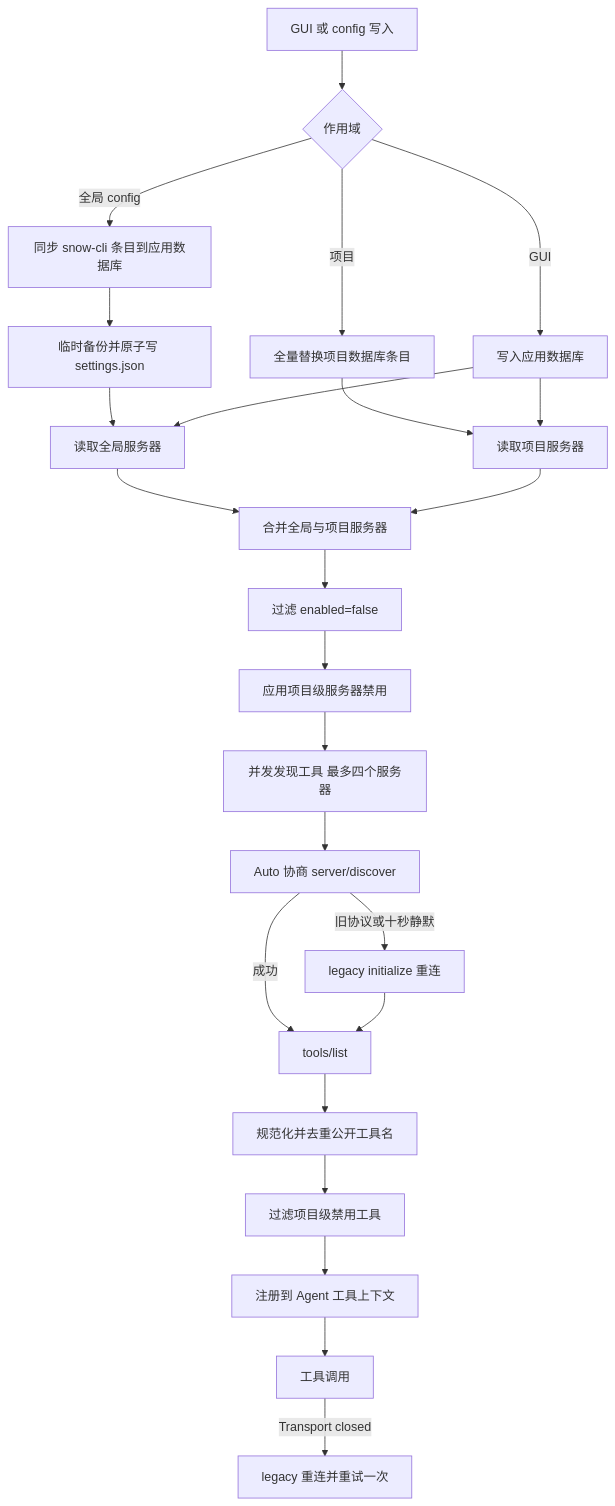
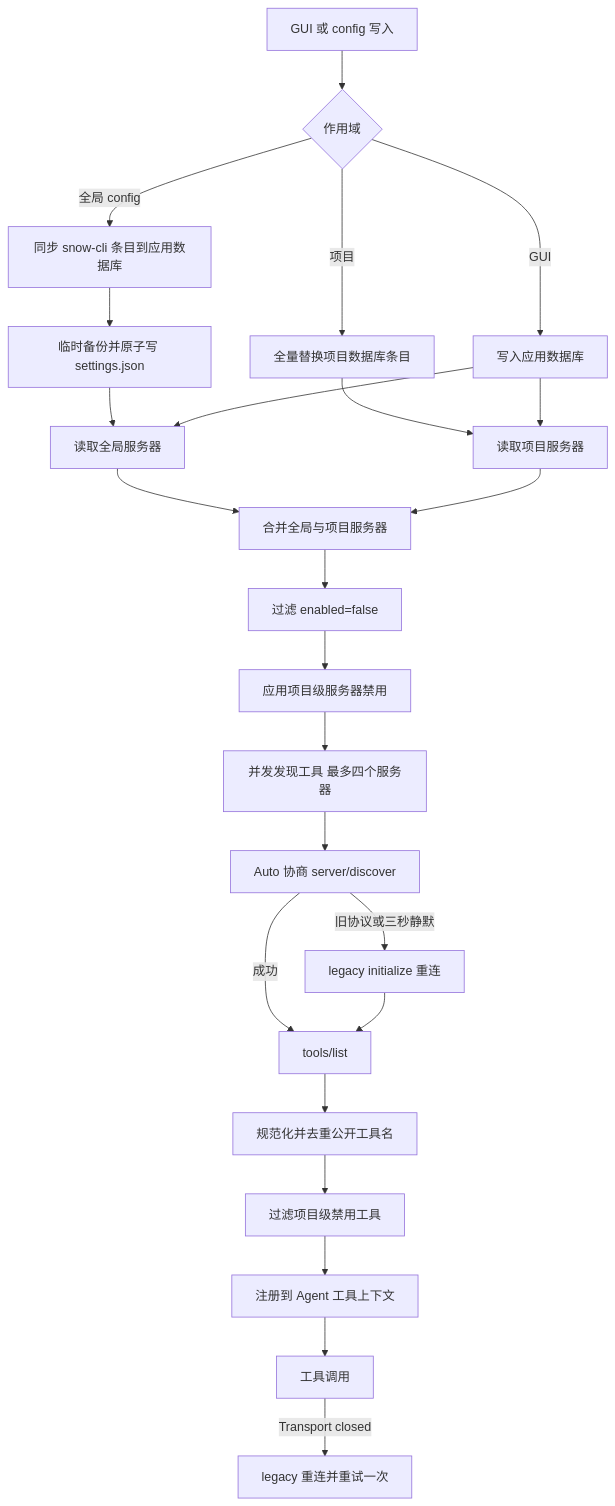
One commit to BaSui01/snow-app changed the diagram in docs/zh-CN/2-使用指南/1-配置MCP服务器.md. Above: the diagram before and after it, drawn with Mermaid. The commit also changed other lines of this file and 5 other files, not shown here.

````diff
--- a/docs/zh-CN/2-使用指南/1-配置MCP服务器.md
+++ b/docs/zh-CN/2-使用指南/1-配置MCP服务器.md
@@ -129,26 +129,26 @@
 ```mermaid
 flowchart TD
     A[GUI 或 config 写入] --> B{作用域}
     B -->|全局 config| C[同步 snow-cli 条目到应用数据库]
     C --> D[临时备份并原子写 settings.json]
     B -->|项目| E[全量替换项目数据库条目]
     B -->|GUI| F[写入应用数据库]
     D --> G[读取全局服务器]
     E --> H[读取项目服务器]
     F --> G
     F --> H
     G --> I[合并全局与项目服务器]
     H --> I
     I --> J[过滤 enabled=false]
     J --> K[应用项目级服务器禁用]
     K --> L[并发发现工具 最多四个服务器]
     L --> M[Auto 协商 server/discover]
     M -->|成功| N[tools/list]
-    M -->|旧协议或十秒静默| O[legacy initialize 重连]
+    M -->|旧协议或三秒静默| O[legacy initialize 重连]
     O --> N
     N --> P[规范化并去重公开工具名]
     P --> Q[过滤项目级禁用工具]
     Q --> R[注册到 Agent 工具上下文]
     R --> S[工具调用]
     S -->|Transport closed| T[legacy 重连并重试一次]
 ```
````
